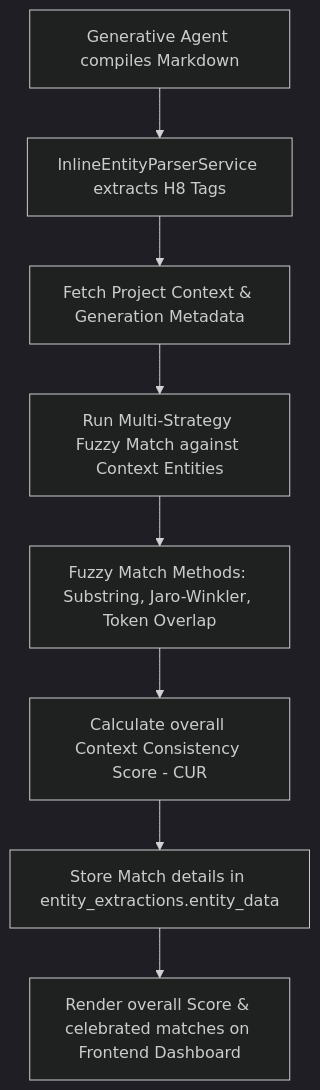
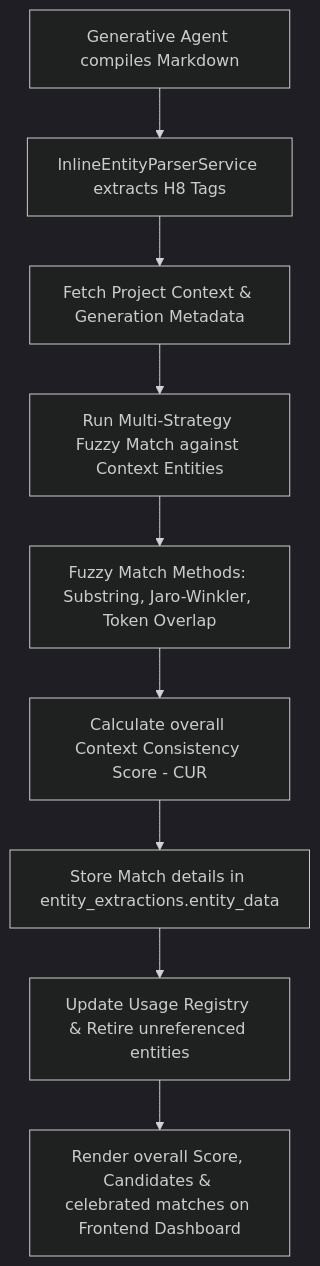
The diagram in docs/superpowers/specs/2026-06-05-context-entity-matching-design.md (mdresch/adpa), drawn with Mermaid (dark theme) before and after one commit. The commit also changed other lines of this file, not shown here.

````diff
--- a/docs/superpowers/specs/2026-06-05-context-entity-matching-design.md
+++ b/docs/superpowers/specs/2026-06-05-context-entity-matching-design.md
@@ -40,10 +46,11 @@
 ```mermaid
 flowchart TD
     A[Generative Agent compiles Markdown] --> B[InlineEntityParserService extracts H8 Tags]
     B --> C[Fetch Project Context & Generation Metadata]
     C --> D[Run Multi-Strategy Fuzzy Match against Context Entities]
     D --> E[Fuzzy Match Methods: Substring, Jaro-Winkler, Token Overlap]
     E --> F[Calculate overall Context Consistency Score - CUR]
     F --> G[Store Match details in entity_extractions.entity_data]
-    G --> H[Render overall Score & celebrated matches on Frontend Dashboard]
+    G --> H[Update Usage Registry & Retire unreferenced entities]
+    H --> I[Render overall Score, Candidates & celebrated matches on Frontend Dashboard]
 ```
````
